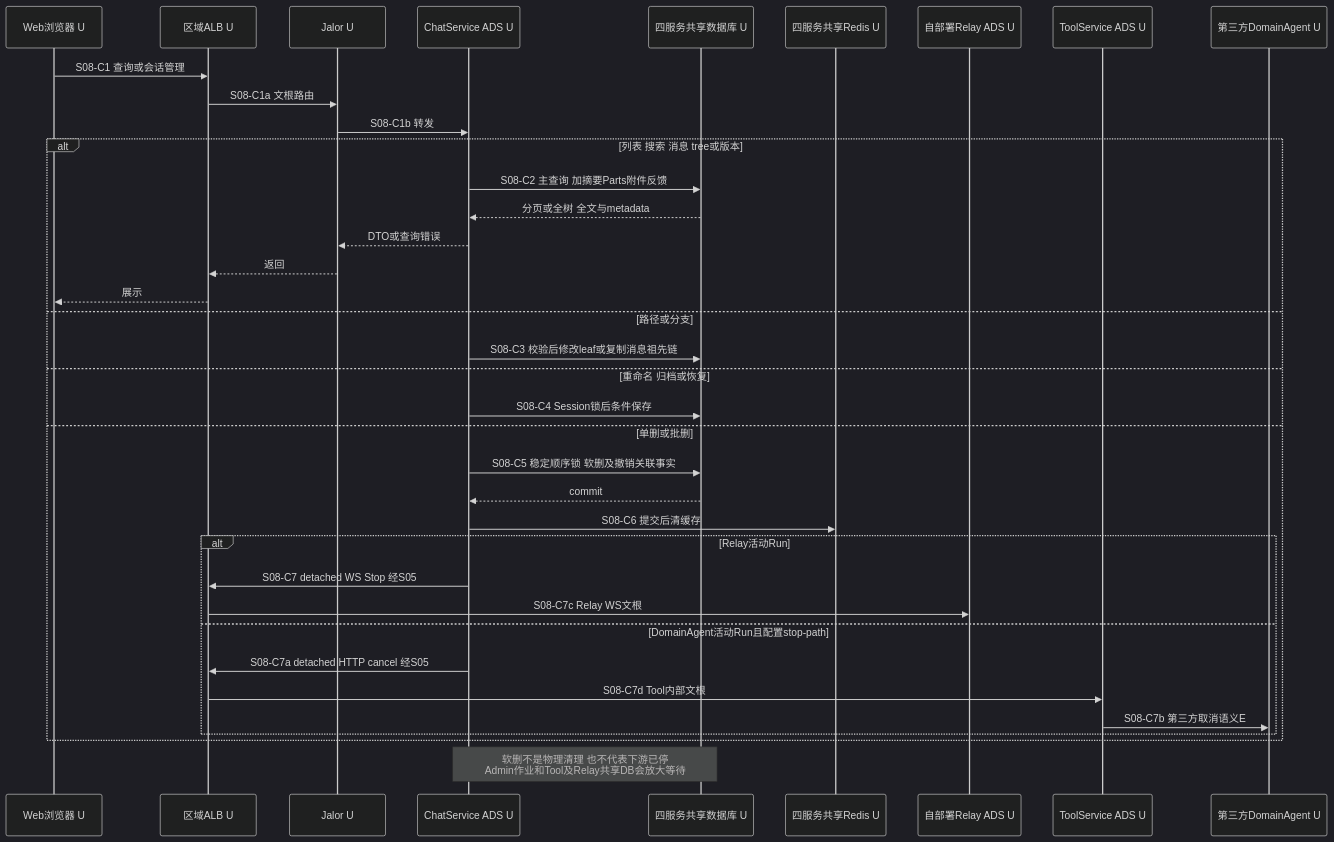
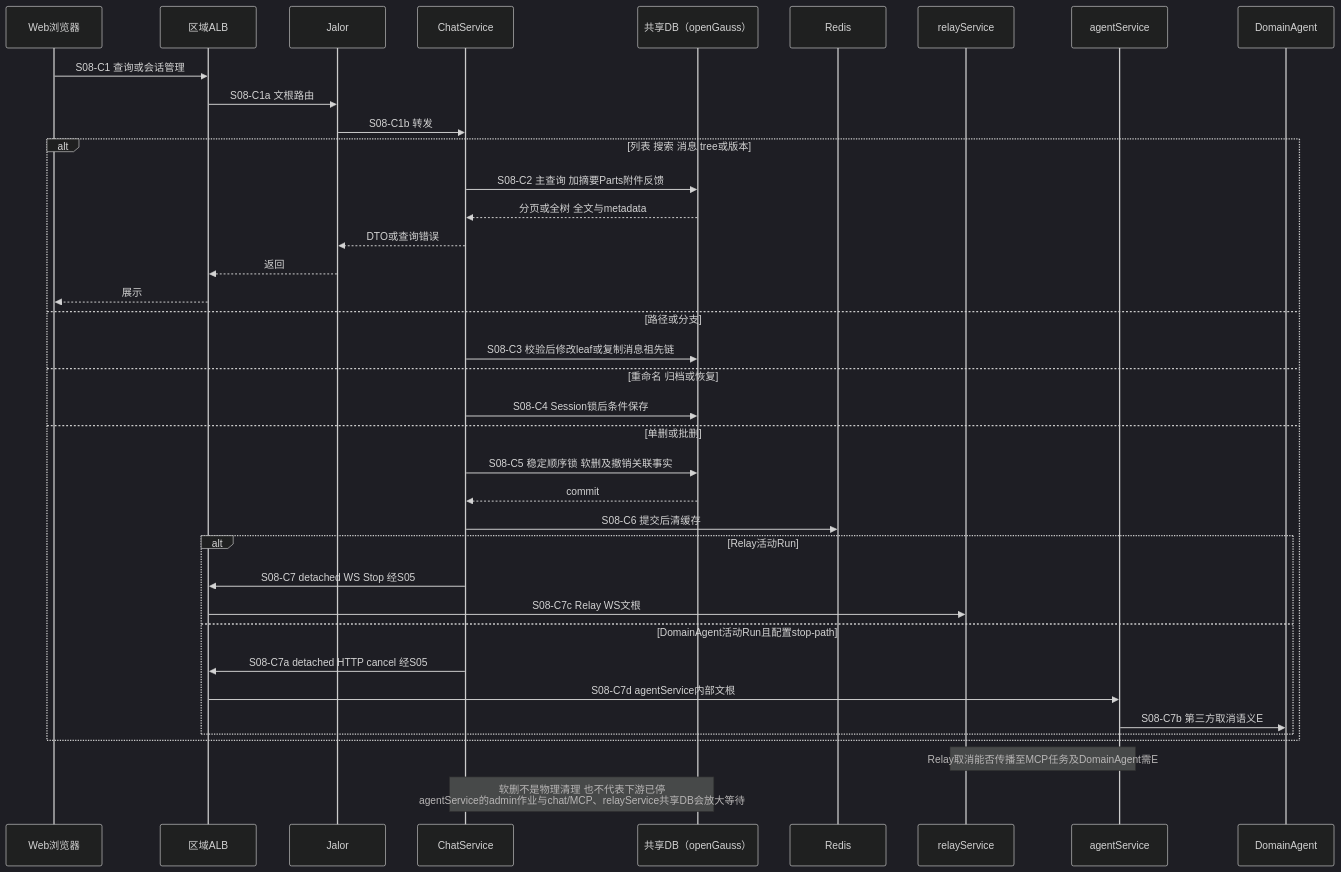
One commit to kunben-duck/exweb changed diagram 15 of 24 in docs/architecture/high-availability/scenarios.md. Above: the diagram before and after it, drawn with Mermaid (dark theme). The commit also changed other lines of this file and 9 other files, not shown here.

Commit message:
docs: refine HA stability and agent service isolation design

````diff
--- a/docs/architecture/high-availability/scenarios.md
+++ b/docs/architecture/high-availability/scenarios.md
@@ -630,39 +738,40 @@
 ```mermaid
 sequenceDiagram
-    participant U as Web浏览器 U
-    participant L as 区域ALB U
-    participant G as Jalor U
-    participant C as ChatService ADS U
-    participant D as 四服务共享数据库 U
-    participant R as 四服务共享Redis U
-    participant RL as 自部署Relay ADS U
-    participant TOOL as ToolService ADS U
-    participant DA as 第三方DomainAgent U
+    participant U as Web浏览器
+    participant L as 区域ALB
+    participant G as Jalor
+    participant C as ChatService
+    participant D as 共享DB（openGauss）
+    participant R as Redis
+    participant RL as relayService
+    participant AG as agentService
+    participant DA as DomainAgent
     U->>L: S08-C1 查询或会话管理
     L->>G: S08-C1a 文根路由
     G->>C: S08-C1b 转发
     alt 列表 搜索 消息 tree或版本
         C->>D: S08-C2 主查询 加摘要Parts附件反馈
         D-->>C: 分页或全树 全文与metadata
         C-->>G: DTO或查询错误
         G-->>L: 返回
         L-->>U: 展示
     else 路径或分支
         C->>D: S08-C3 校验后修改leaf或复制消息祖先链
     else 重命名 归档或恢复
         C->>D: S08-C4 Session锁后条件保存
     else 单删或批删
         C->>D: S08-C5 稳定顺序锁 软删及撤销关联事实
         D-->>C: commit
         C->>R: S08-C6 提交后清缓存
         alt Relay活动Run
             C->>L: S08-C7 detached WS Stop 经S05
             L->>RL: S08-C7c Relay WS文根
         else DomainAgent活动Run且配置stop-path
             C->>L: S08-C7a detached HTTP cancel 经S05
-            L->>TOOL: S08-C7d Tool内部文根
-            TOOL->>DA: S08-C7b 第三方取消语义E
+            L->>AG: S08-C7d agentService内部文根
+            AG->>DA: S08-C7b 第三方取消语义E
         end
     end
-    Note over C,D: 软删不是物理清理 也不代表下游已停<br/>Admin作业和Tool及Relay共享DB会放大等待
+    Note over RL,AG: Relay取消能否传播至MCP任务及DomainAgent需E
+    Note over C,D: 软删不是物理清理 也不代表下游已停<br/>agentService的admin作业与chat/MCP、relayService共享DB会放大等待
 ```
````
